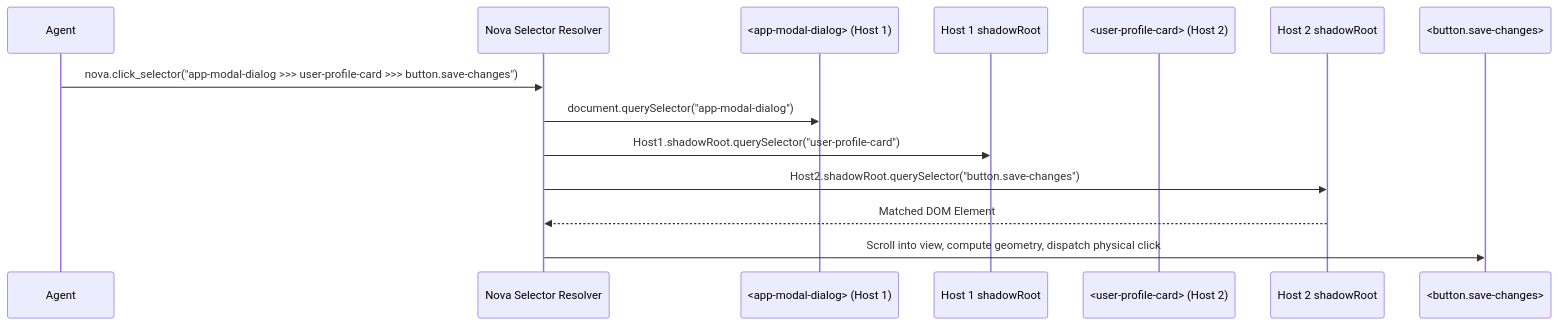
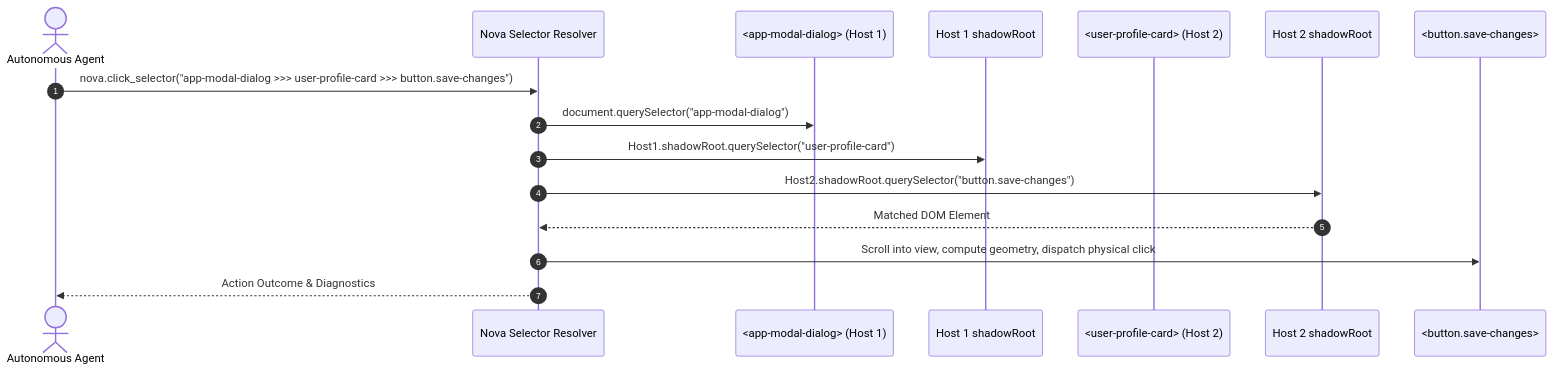
The second of 5 diagrams in docs/core-features/browser-interaction/selectors-and-shadow-dom/README.md (joelaniol/nova), drawn with Mermaid before and after one commit. The commit also changed other lines of this file and 6 other files, not shown here.

Commit message:
docs(browser-interaction): expand architectural reference with input dispatch, drag polyfill, and guarded macros

````diff
--- a/docs/core-features/browser-interaction/selectors-and-shadow-dom/README.md
+++ b/docs/core-features/browser-interaction/selectors-and-shadow-dom/README.md
@@ -57,17 +68,19 @@
 ```mermaid
 sequenceDiagram
-    participant Agent as Agent
+    autonumber
+    actor Agent as Autonomous Agent
     participant Nova as Nova Selector Resolver
     participant Host1 as <app-modal-dialog> (Host 1)
     participant Shadow1 as Host 1 shadowRoot
     participant Host2 as <user-profile-card> (Host 2)
     participant Shadow2 as Host 2 shadowRoot
     participant Button as <button.save-changes>
 
     Agent->>Nova: nova.click_selector("app-modal-dialog >>> user-profile-card >>> button.save-changes")
     Nova->>Host1: document.querySelector("app-modal-dialog")
     Nova->>Shadow1: Host1.shadowRoot.querySelector("user-profile-card")
     Nova->>Shadow2: Host2.shadowRoot.querySelector("button.save-changes")
     Shadow2-->>Nova: Matched DOM Element
     Nova->>Button: Scroll into view, compute geometry, dispatch physical click
+    Nova-->>Agent: Action Outcome & Diagnostics
 ```
````
